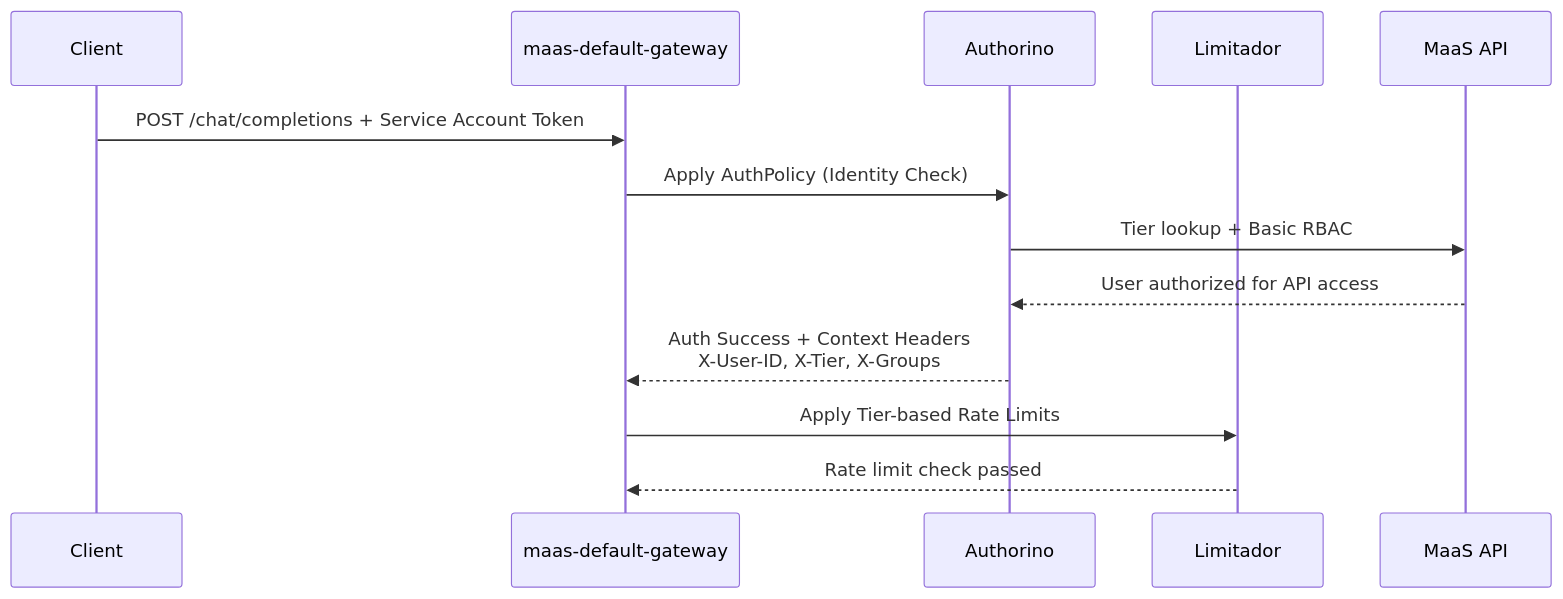
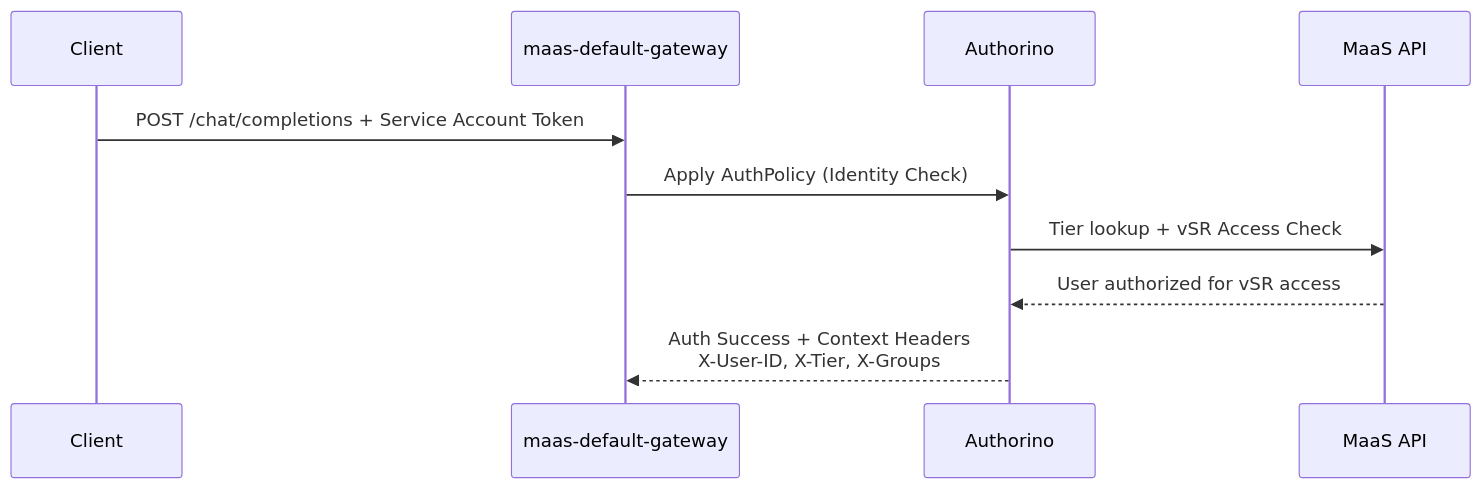
Before and after one commit to noyitz/maas-billing: the ninth of 13 diagrams in docs/designs/vSR-Integration/README.md, drawn with Mermaid. The commit also changed other lines of this file, not shown here.

First line of the commit message:
Simplify architecture: remove model-aware rate limiting complexity

````diff
--- a/docs/designs/vSR-Integration/README.md
+++ b/docs/designs/vSR-Integration/README.md
@@ -374,16 +371,13 @@
 ```mermaid
 sequenceDiagram
     participant Client
     participant Gateway as maas-default-gateway
     participant Authorino
-    participant Limitador
     participant MaaSAPI as MaaS API
     
     Client->>Gateway: POST /chat/completions + Service Account Token
     Gateway->>Authorino: Apply AuthPolicy (Identity Check)
-    Authorino->>MaaSAPI: Tier lookup + Basic RBAC
-    MaaSAPI-->>Authorino: User authorized for API access
+    Authorino->>MaaSAPI: Tier lookup + vSR Access Check
+    MaaSAPI-->>Authorino: User authorized for vSR access
     Authorino-->>Gateway: Auth Success + Context Headers<br/>X-User-ID, X-Tier, X-Groups
-    Gateway->>Limitador: Apply Tier-based Rate Limits
-    Limitador-->>Gateway: Rate limit check passed
 ```
````
